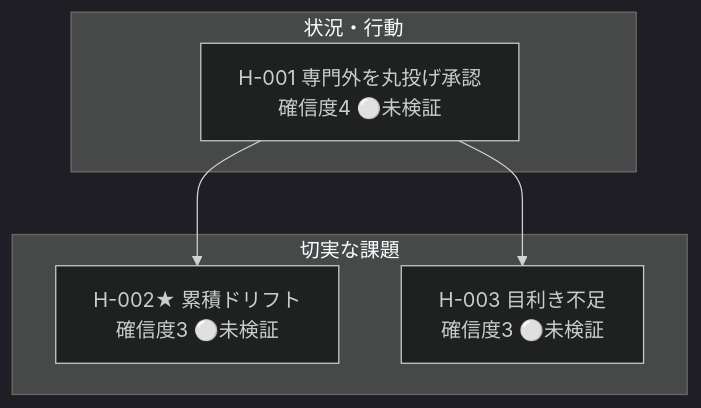
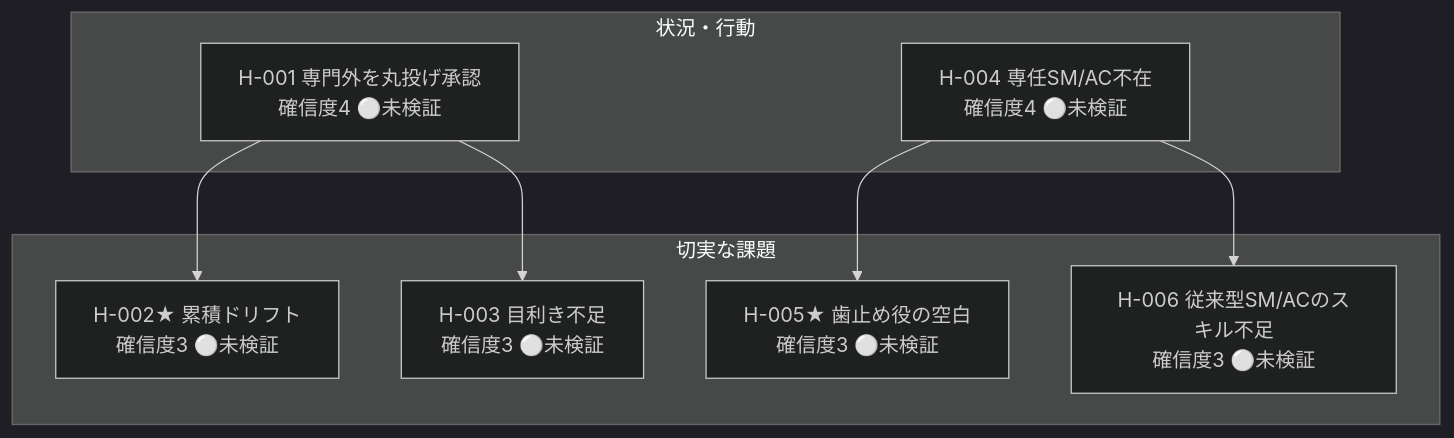
Before and after one commit to haru01/hypothesis-wiki: the diagram in projects/ai-reskilling/wiki/views/hypotheses-list.md, drawn with Mermaid (dark theme). The commit also changed other lines of this file and 1 other file, not shown here.

````diff
--- a/projects/ai-reskilling/wiki/views/hypotheses-list.md
+++ b/projects/ai-reskilling/wiki/views/hypotheses-list.md
@@ -10,12 +10,17 @@
 ```mermaid
 flowchart TB
     subgraph beh["状況・行動"]
       AIRE_H_001["H-001 専門外を丸投げ承認<br/>確信度4 ⚪未検証"]
+      AIRE_H_004["H-004 専任SM/AC不在<br/>確信度4 ⚪未検証"]
     end
     subgraph prob["切実な課題"]
       AIRE_H_002["H-002★ 累積ドリフト<br/>確信度3 ⚪未検証"]
       AIRE_H_003["H-003 目利き不足<br/>確信度3 ⚪未検証"]
+      AIRE_H_005["H-005★ 歯止め役の空白<br/>確信度3 ⚪未検証"]
+      AIRE_H_006["H-006 従来型SM/ACのスキル不足<br/>確信度3 ⚪未検証"]
     end
     AIRE_H_001 --> AIRE_H_002
     AIRE_H_001 --> AIRE_H_003
+    AIRE_H_004 --> AIRE_H_005
+    AIRE_H_004 --> AIRE_H_006
 ```
````
